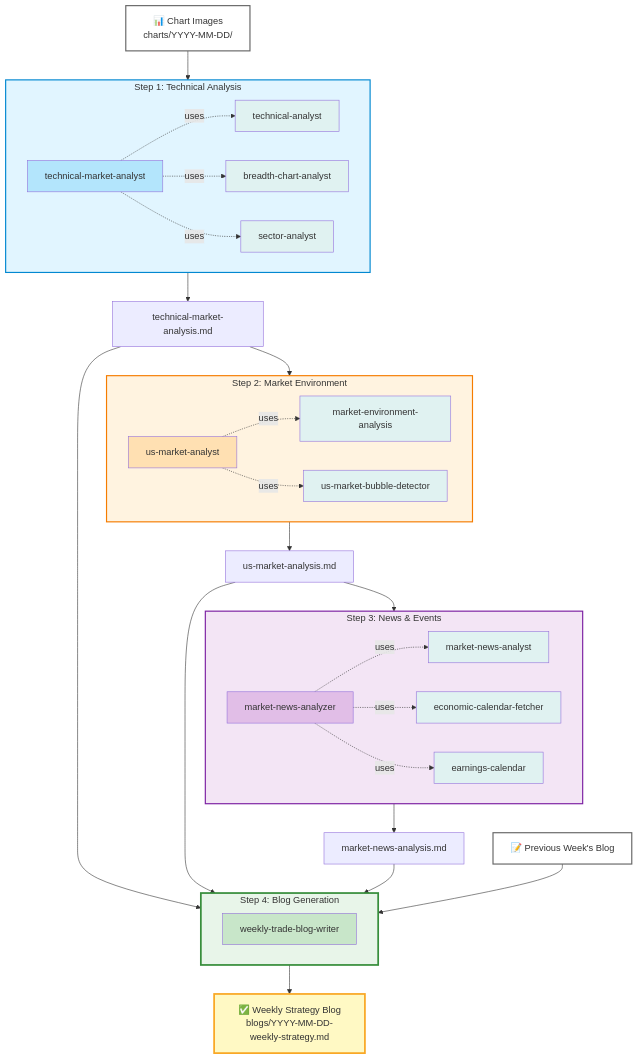
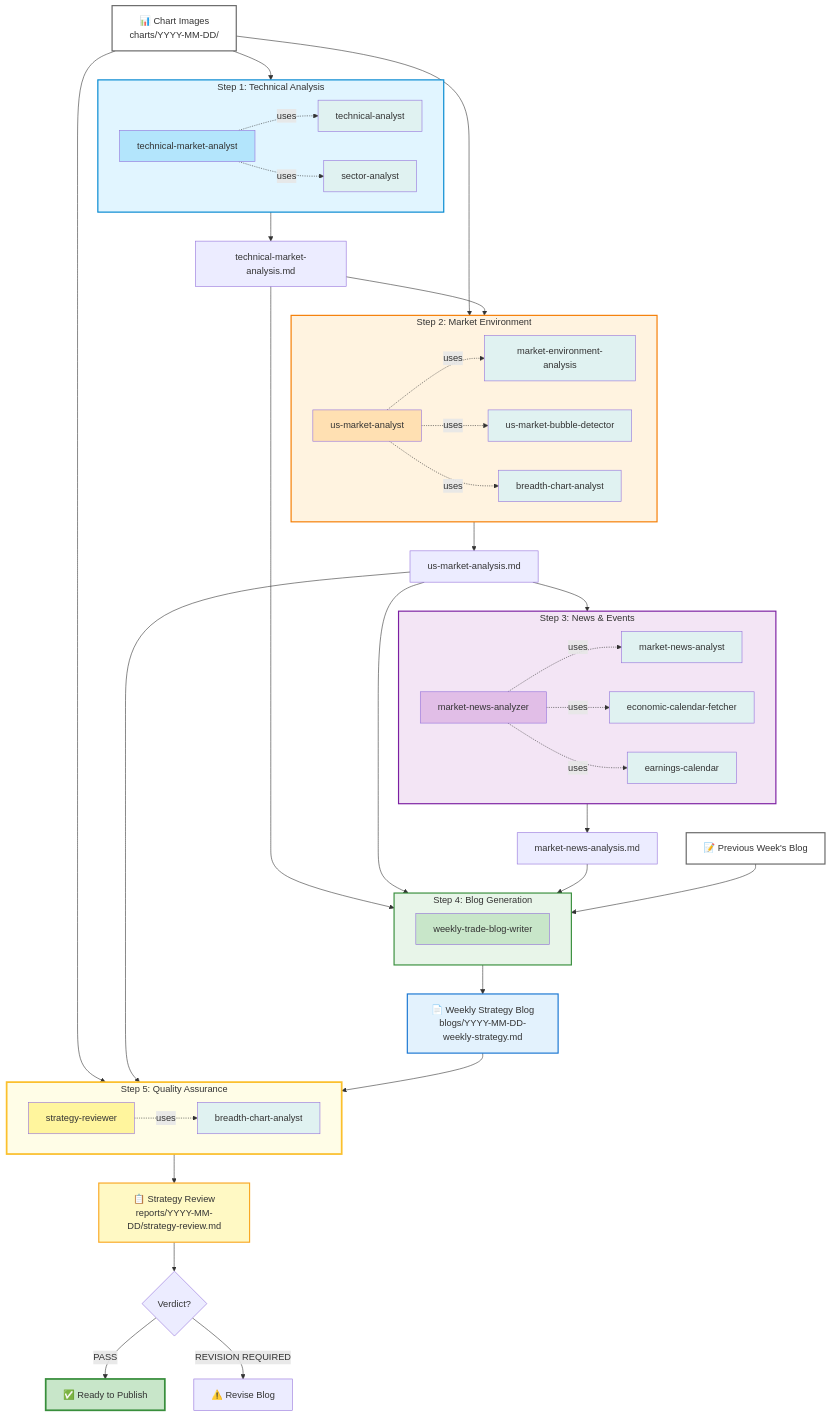
The first of 2 diagrams in README.md (tradermonty/claude-weekly-trade-strategy), drawn with Mermaid before and after one commit. The commit also changed other lines of this file and 6 other files, not shown here.

First line of the commit message:
Update documentation with 5-step workflow and strategy-reviewer agent

````diff
--- a/README.md
+++ b/README.md
@@ -27,14 +28,13 @@
 ```mermaid
 graph TB
     Charts[📊 Chart Images<br/>charts/YYYY-MM-DD/] --> Step1
+    Charts --> Step2
 
     subgraph Step1["Step 1: Technical Analysis"]
         A1[technical-market-analyst]
         S1[technical-analyst]
-        S2[breadth-chart-analyst]
         S3[sector-analyst]
         A1 -.uses.-> S1
-        A1 -.uses.-> S2
         A1 -.uses.-> S3
     end
 
@@ -45,8 +45,10 @@
         A2[us-market-analyst]
         S4[market-environment-analysis]
         S5[us-market-bubble-detector]
+        S2[breadth-chart-analyst]
         A2 -.uses.-> S4
         A2 -.uses.-> S5
+        A2 -.uses.-> S2
     end
 
     Step2 --> R2[us-market-analysis.md]
@@ -73,19 +75,38 @@
         A4[weekly-trade-blog-writer]
     end
 
-    Step4 --> Blog[✅ Weekly Strategy Blog<br/>blogs/YYYY-MM-DD-weekly-strategy.md]
+    Step4 --> Blog[📄 Weekly Strategy Blog<br/>blogs/YYYY-MM-DD-weekly-strategy.md]
+
+    Charts --> Step5
+    R2 --> Step5
+    Blog --> Step5
+
+    subgraph Step5["Step 5: Quality Assurance"]
+        A5[strategy-reviewer]
+        S9[breadth-chart-analyst]
+        A5 -.uses.-> S9
+    end
+
+    Step5 --> Review[📋 Strategy Review<br/>reports/YYYY-MM-DD/strategy-review.md]
+    Review --> Decision{Verdict?}
+    Decision -->|PASS| Publish[✅ Ready to Publish]
+    Decision -->|REVISION REQUIRED| Revise[⚠️ Revise Blog]
 
     style Step1 fill:#e1f5ff,stroke:#0288d1,stroke-width:2px
     style Step2 fill:#fff3e0,stroke:#f57c00,stroke-width:2px
     style Step3 fill:#f3e5f5,stroke:#7b1fa2,stroke-width:2px
-    style Step4 fill:#e8f5e9,stroke:#388e3c,stroke-width:3px
-    style Blog fill:#fff9c4,stroke:#f9a825,stroke-width:3px
+    style Step4 fill:#e8f5e9,stroke:#388e3c,stroke-width:2px
+    style Step5 fill:#fffde7,stroke:#fbc02d,stroke-width:3px
+    style Blog fill:#e3f2fd,stroke:#1976d2,stroke-width:2px
+    style Review fill:#fff9c4,stroke:#f9a825,stroke-width:2px
+    style Publish fill:#c8e6c9,stroke:#388e3c,stroke-width:3px
     style Charts fill:#fff,stroke:#666,stroke-width:2px
     style PrevBlog fill:#fff,stroke:#666,stroke-width:2px
     style A1 fill:#b3e5fc
     style A2 fill:#ffe0b2
     style A3 fill:#e1bee7
     style A4 fill:#c8e6c9
+    style A5 fill:#fff59d
     style S1 fill:#e0f2f1
     style S2 fill:#e0f2f1
     style S3 fill:#e0f2f1
@@ -94,4 +115,5 @@
     style S6 fill:#e0f2f1
     style S7 fill:#e0f2f1
     style S8 fill:#e0f2f1
+    style S9 fill:#e0f2f1
 ```
````
